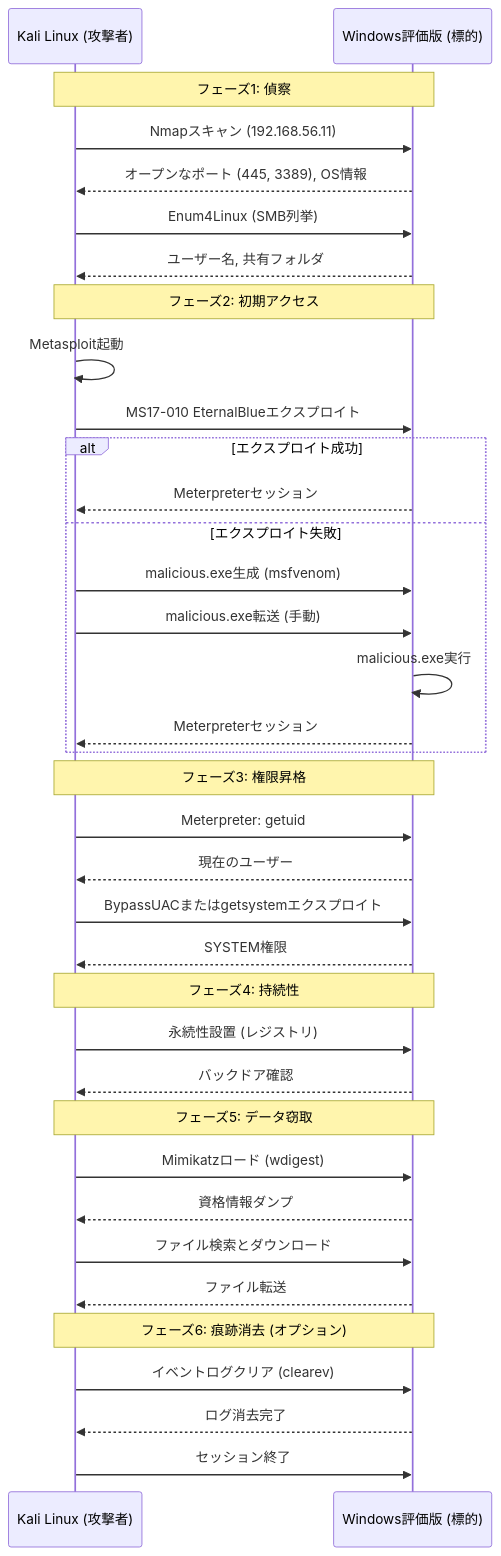
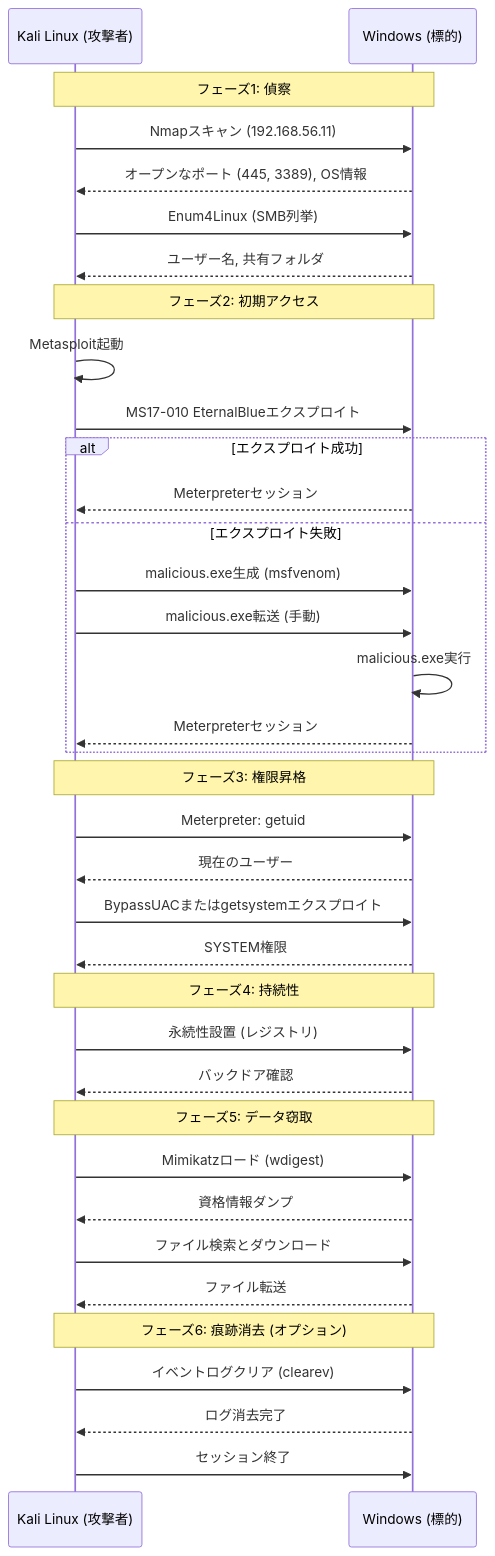
The second of 2 diagrams in README.md (JT-External/apt-demo-explanation), drawn with Mermaid before and after one commit.

````diff
--- a/README.md
+++ b/README.md
@@ -28,44 +28,44 @@
 ```mermaid
 sequenceDiagram
     participant K as Kali Linux (攻撃者)
-    participant W as Windows評価版 (標的)
+    participant W as Windows (標的)
 
     Note over K,W: フェーズ1: 偵察
     K->>W: Nmapスキャン (192.168.56.11)
     W-->>K: オープンなポート (445, 3389), OS情報
     K->>W: Enum4Linux (SMB列挙)
     W-->>K: ユーザー名, 共有フォルダ
 
     Note over K,W: フェーズ2: 初期アクセス
     K->>K: Metasploit起動
     K->>W: MS17-010 EternalBlueエクスプロイト
     alt エクスプロイト成功
         W-->>K: Meterpreterセッション
     else エクスプロイト失敗
         K->>W: malicious.exe生成 (msfvenom)
         K->>W: malicious.exe転送 (手動)
         W->>W: malicious.exe実行
         W-->>K: Meterpreterセッション
     end
 
     Note over K,W: フェーズ3: 権限昇格
     K->>W: Meterpreter: getuid
     W-->>K: 現在のユーザー
     K->>W: BypassUACまたはgetsystemエクスプロイト
     W-->>K: SYSTEM権限
 
     Note over K,W: フェーズ4: 持続性
     K->>W: 永続性設置 (レジストリ)
     W-->>K: バックドア確認
 
     Note over K,W: フェーズ5: データ窃取
     K->>W: Mimikatzロード (wdigest)
     W-->>K: 資格情報ダンプ
     K->>W: ファイル検索とダウンロード
     W-->>K: ファイル転送
 
     Note over K,W: フェーズ6: 痕跡消去 (オプション)
     K->>W: イベントログクリア (clearev)
     W-->>K: ログ消去完了
     K->>W: セッション終了
 ```
````
